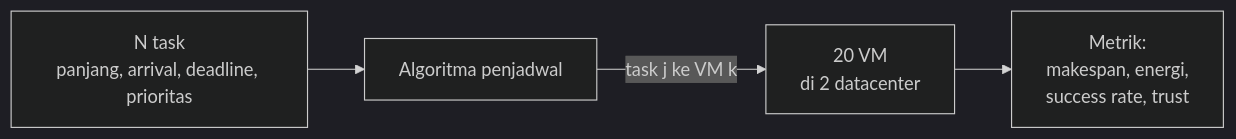
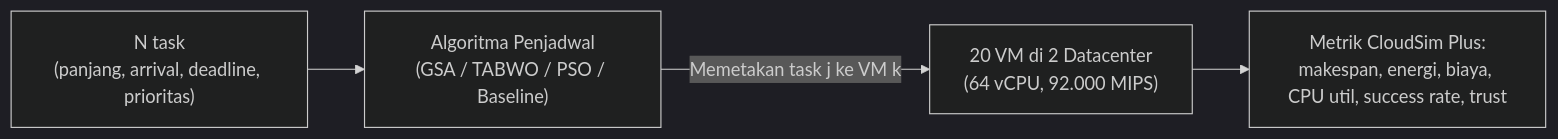
Before and after one commit to aslpet/SOKA-TugasTaskScheduling_Metaheuristik-Kelompok3: the diagram in README.md, drawn with Mermaid (dark theme). The commit also changed other lines of this file and 446 other files, not shown here.

````diff
--- a/README.md
+++ b/README.md
@@ -44,6 +46,6 @@
 ```mermaid
 flowchart LR
-    T[N task<br/>panjang, arrival, deadline, prioritas] --> S[Algoritma penjadwal]
-    S -->|task j ke VM k| V[20 VM<br/>di 2 datacenter]
-    V --> M[Metrik:<br/>makespan, energi,<br/>success rate, trust]
+    T["N task<br/>(panjang, arrival, deadline, prioritas)"] --> S["Algoritma Penjadwal<br/>(GSA / TABWO / PSO / Baseline)"]
+    S -->|"Memetakan task j ke VM k"| V["20 VM di 2 Datacenter<br/>(64 vCPU, 92.000 MIPS)"]
+    V --> M["Metrik CloudSim Plus:<br/>makespan, energi, biaya, CPU util, success rate, trust"]
 ```
````
